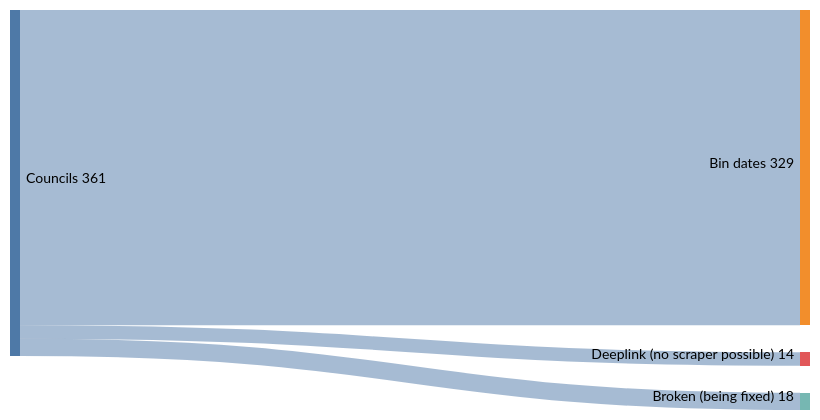
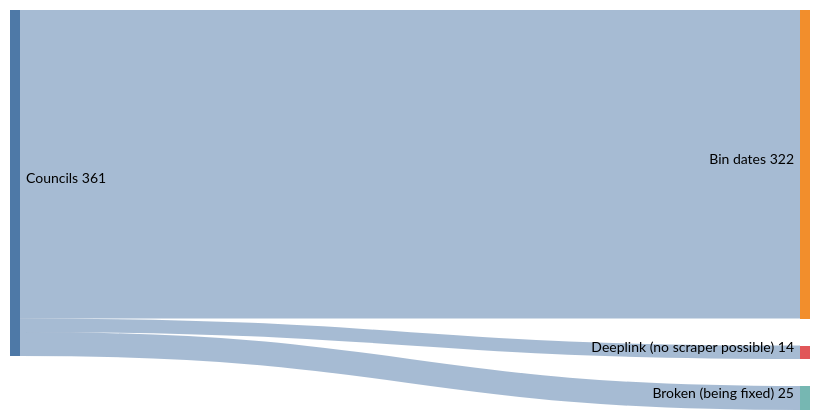
One commit to cmbsteinberg/ukbinday changed the diagram in README.md. Above: the diagram before and after it, drawn with Mermaid (neutral theme). The commit also changed other lines of this file and 4 other files, not shown here.

````diff
--- a/README.md
+++ b/README.md
@@ -12,15 +12,15 @@
 ```mermaid
 ---
 config:
   sankey:
     width: 800
     height: 400
     linkColor: source
     nodeAlignment: left
 ---
 sankey-beta
 
-"Councils","Bin dates",329
+"Councils","Bin dates",322
 "Councils","Deeplink (no scraper possible)",14
-"Councils","Broken (being fixed)",18
+"Councils","Broken (being fixed)",25
 ```
````
